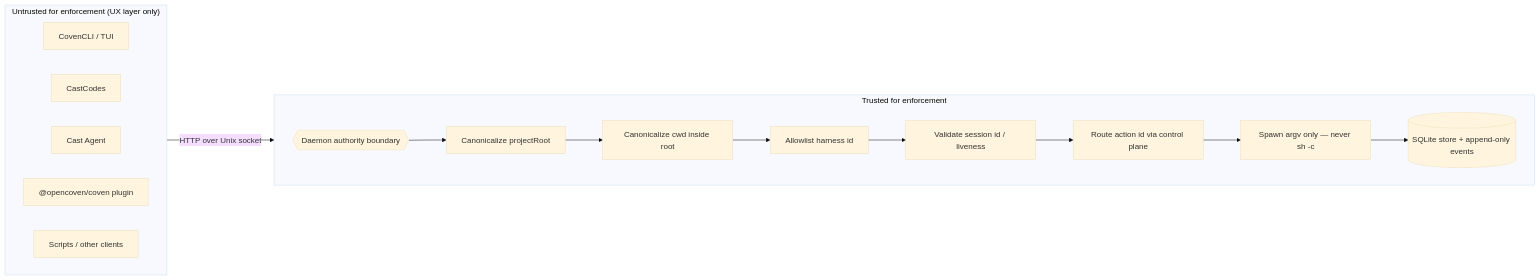
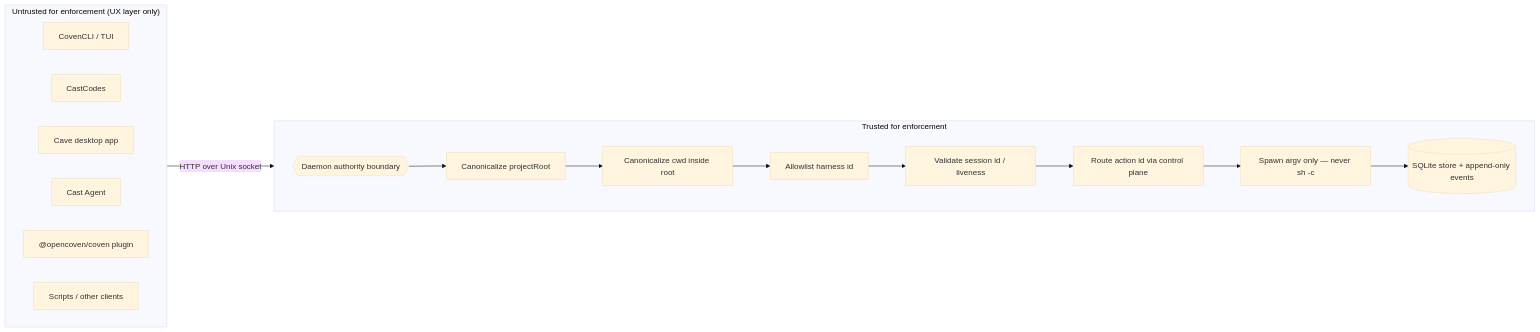
One commit to OpenCoven/coven-docs changed the diagram in content/docs/reference/safety.mdx. Above: the diagram before and after it, drawn with Mermaid (base theme). The commit also changed other lines of this file and 13 other files, not shown here.

````diff
--- a/content/docs/reference/safety.mdx
+++ b/content/docs/reference/safety.mdx
@@ -36,24 +37,25 @@
 ```mermaid
 flowchart LR
   subgraph UntrustedZone["Untrusted for enforcement (UX layer only)"]
     direction LR
     CLI[CovenCLI / TUI]
     CastCodes[CastCodes]
+    Cave[Cave desktop app]
     CastAgent[Cast Agent]
     Plugin["@opencoven/coven plugin"]
     Scripts[Scripts / other clients]
   end
 
   UntrustedZone -->|HTTP over Unix socket| Boundary{{Daemon authority boundary}}
 
   subgraph TrustedZone["Trusted for enforcement"]
     direction LR
     Boundary --> ValidateRoot[Canonicalize projectRoot]
     ValidateRoot --> ValidateCwd[Canonicalize cwd inside root]
     ValidateCwd --> AllowHarness[Allowlist harness id]
     AllowHarness --> ValidateSession[Validate session id / liveness]
     ValidateSession --> RouteAction[Route action id via control plane]
     RouteAction --> Spawn[Spawn argv only — never sh -c]
     Spawn --> Store[(SQLite store + append-only events)]
   end
 ```
````
